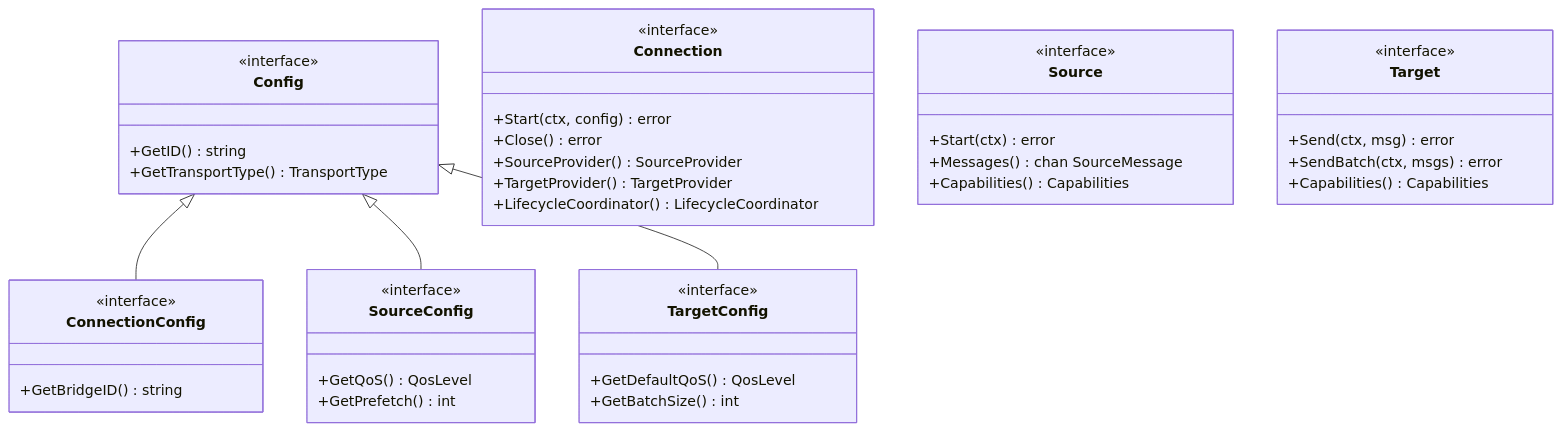
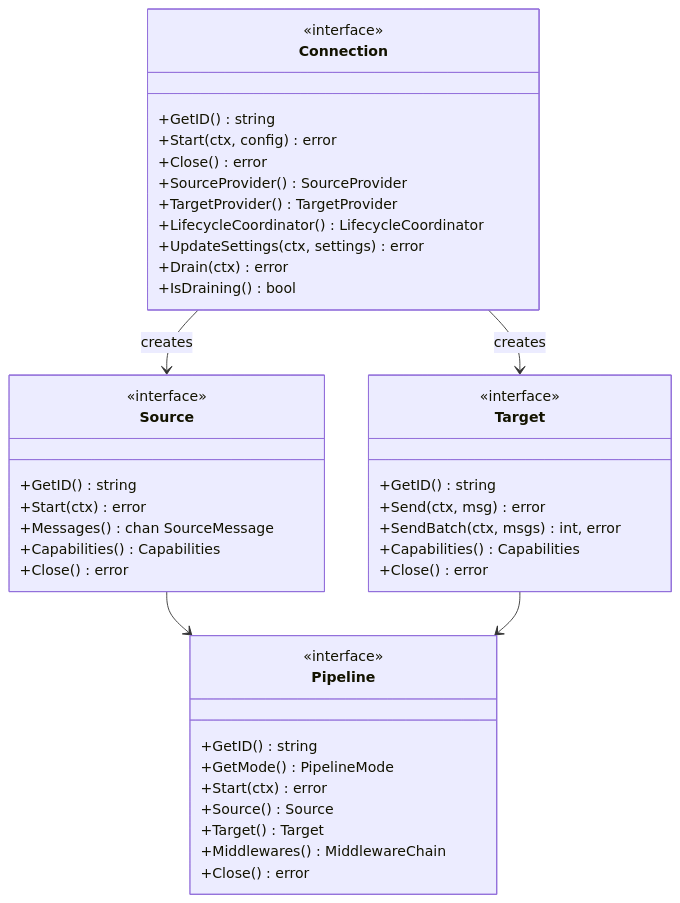
The second of 9 diagrams in bridge/types/ARCHITECTURE.md (mariotoffia/gobridge), drawn with Mermaid before and after one commit. The commit also changed other lines of this file and 4 other files, not shown here.

````diff
--- a/bridge/types/ARCHITECTURE.md
+++ b/bridge/types/ARCHITECTURE.md
@@ -41,52 +105,49 @@
 ```mermaid
 classDiagram
-    class Config {
+    class Source {
         <<interface>>
         +GetID() string
-        +GetTransportType() TransportType
+        +Start(ctx) error
+        +Messages() chan SourceMessage
+        +Capabilities() Capabilities
+        +Close() error
     }
     
-    class ConnectionConfig {
+    class Target {
         <<interface>>
-        +GetBridgeID() string
+        +GetID() string
+        +Send(ctx, msg) error
+        +SendBatch(ctx, msgs) int, error
+        +Capabilities() Capabilities
+        +Close() error
     }
-    
-    class SourceConfig {
-        <<interface>>
-        +GetQoS() QosLevel
-        +GetPrefetch() int
-    }
-    
-    class TargetConfig {
-        <<interface>>
-        +GetDefaultQoS() QosLevel
-        +GetBatchSize() int
-    }
-    
-    Config <|-- ConnectionConfig
-    Config <|-- SourceConfig
-    Config <|-- TargetConfig
     
     class Connection {
         <<interface>>
+        +GetID() string
         +Start(ctx, config) error
         +Close() error
         +SourceProvider() SourceProvider
         +TargetProvider() TargetProvider
         +LifecycleCoordinator() LifecycleCoordinator
+        +UpdateSettings(ctx, settings) error
+        +Drain(ctx) error
+        +IsDraining() bool
     }
     
-    class Source {
+    class Pipeline {
         <<interface>>
+        +GetID() string
+        +GetMode() PipelineMode
         +Start(ctx) error
-        +Messages() chan SourceMessage
-        +Capabilities() Capabilities
+        +Source() Source
+        +Target() Target
+        +Middlewares() MiddlewareChain
+        +Close() error
     }
     
-    class Target {
-        <<interface>>
-        +Send(ctx, msg) error
-        +SendBatch(ctx, msgs) error
-        +Capabilities() Capabilities
-    }
+    Source --> Pipeline
+    Target --> Pipeline
+    Connection --> Source : creates
+    Connection --> Target : creates
 ```
````
